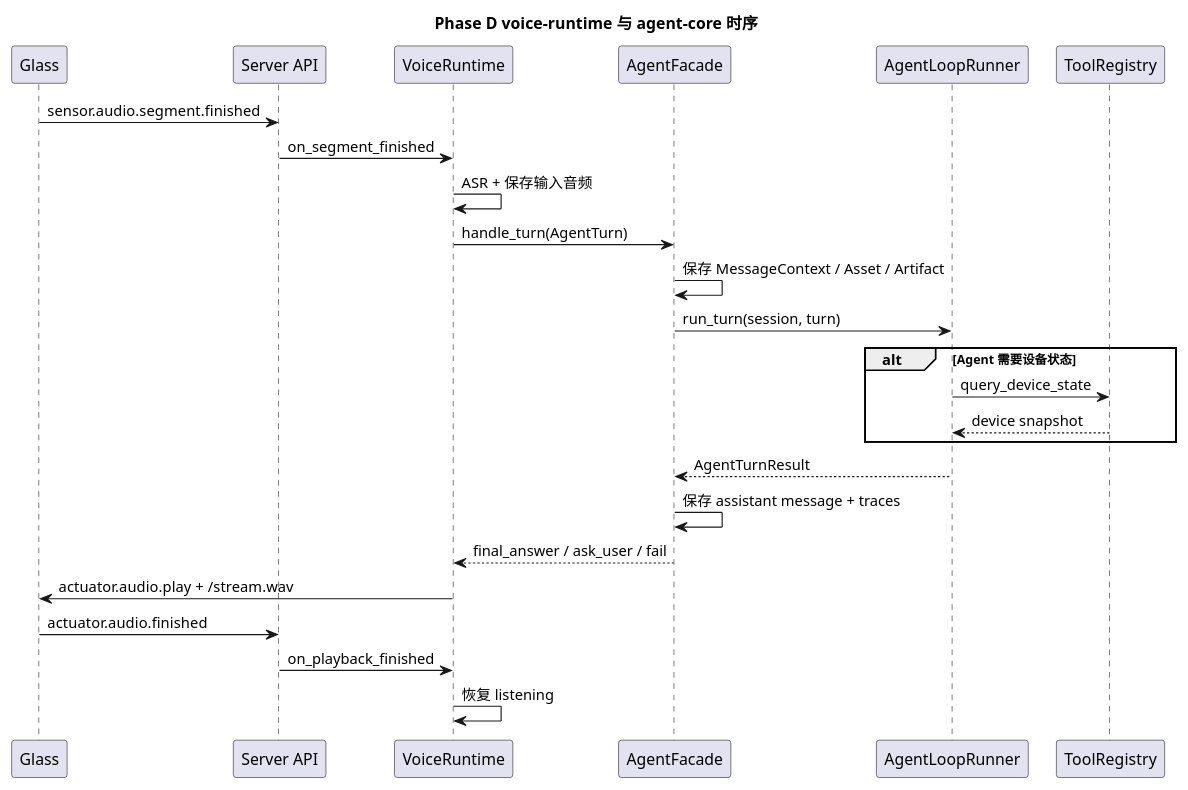
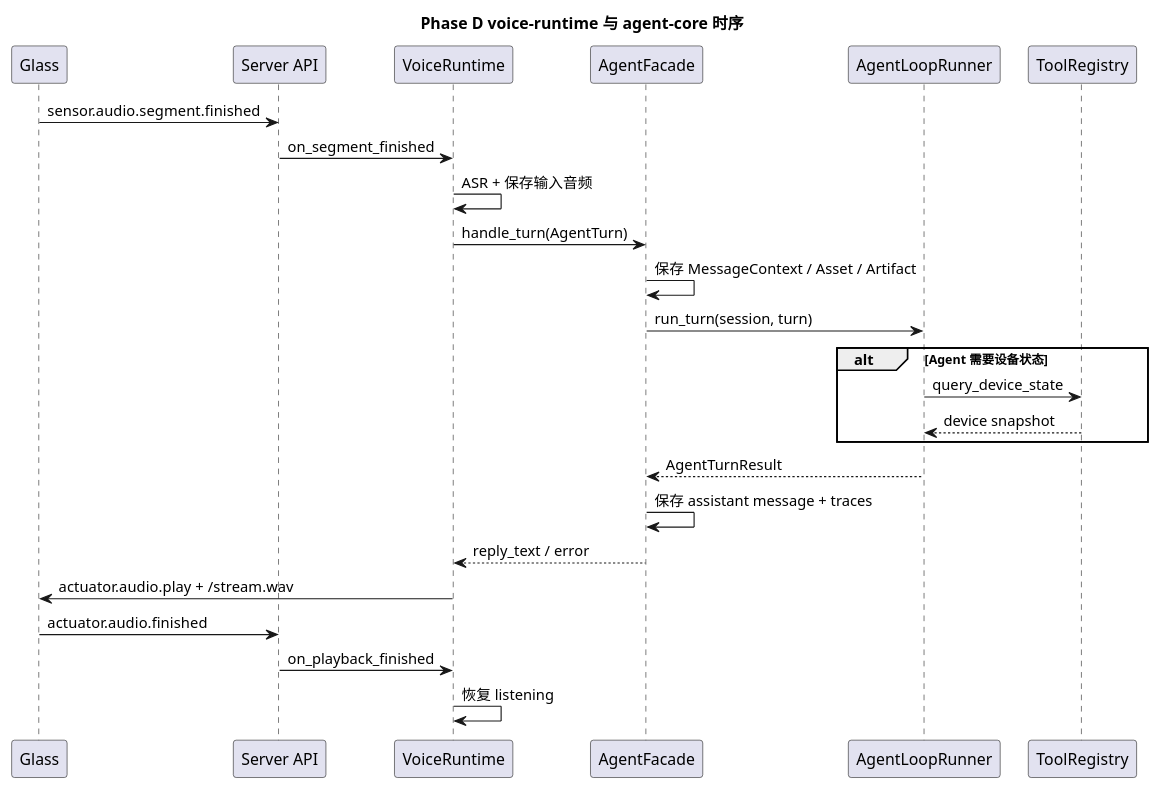
One commit to HengeLiu/RealtimeAgent changed the second of 2 diagrams in doc/plan/PhaseD-agent-core最小运行时实施文档.md. Above: the diagram before and after it, drawn with PlantUML. The commit also changed other lines of this file and 51 other files, not shown here.

````diff
--- a/doc/plan/PhaseD-agent-core最小运行时实施文档.md
+++ b/doc/plan/PhaseD-agent-core最小运行时实施文档.md
@@ -156,32 +157,32 @@
 ```plantuml
 @startuml
 title Phase D voice-runtime 与 agent-core 时序
 
 participant "Glass" as G
 participant "Server API" as S
 participant "VoiceRuntime" as V
 participant "AgentFacade" as A
 participant "AgentLoopRunner" as R
 participant "ToolRegistry" as T
 
 G -> S : sensor.audio.segment.finished
 S -> V : on_segment_finished
 V -> V : ASR + 保存输入音频
 V -> A : handle_turn(AgentTurn)
 A -> A : 保存 MessageContext / Asset / Artifact
 A -> R : run_turn(session, turn)
 
 alt Agent 需要设备状态
   R -> T : query_device_state
   T --> R : device snapshot
 end
 
 R --> A : AgentTurnResult
 A -> A : 保存 assistant message + traces
-A --> V : final_answer / ask_user / fail
+A --> V : reply_text / error
 V -> G : actuator.audio.play + /stream.wav
 G -> S : actuator.audio.finished
 S -> V : on_playback_finished
 V -> V : 恢复 listening
 @enduml
 ```
````
